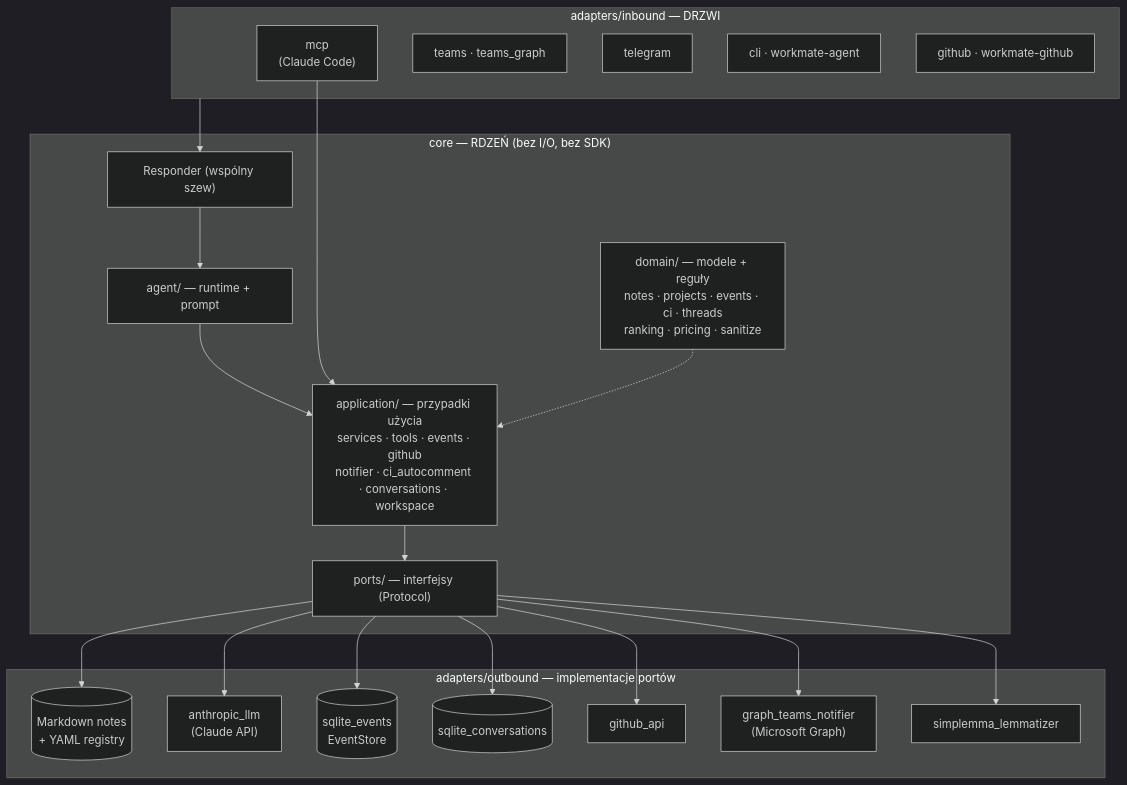
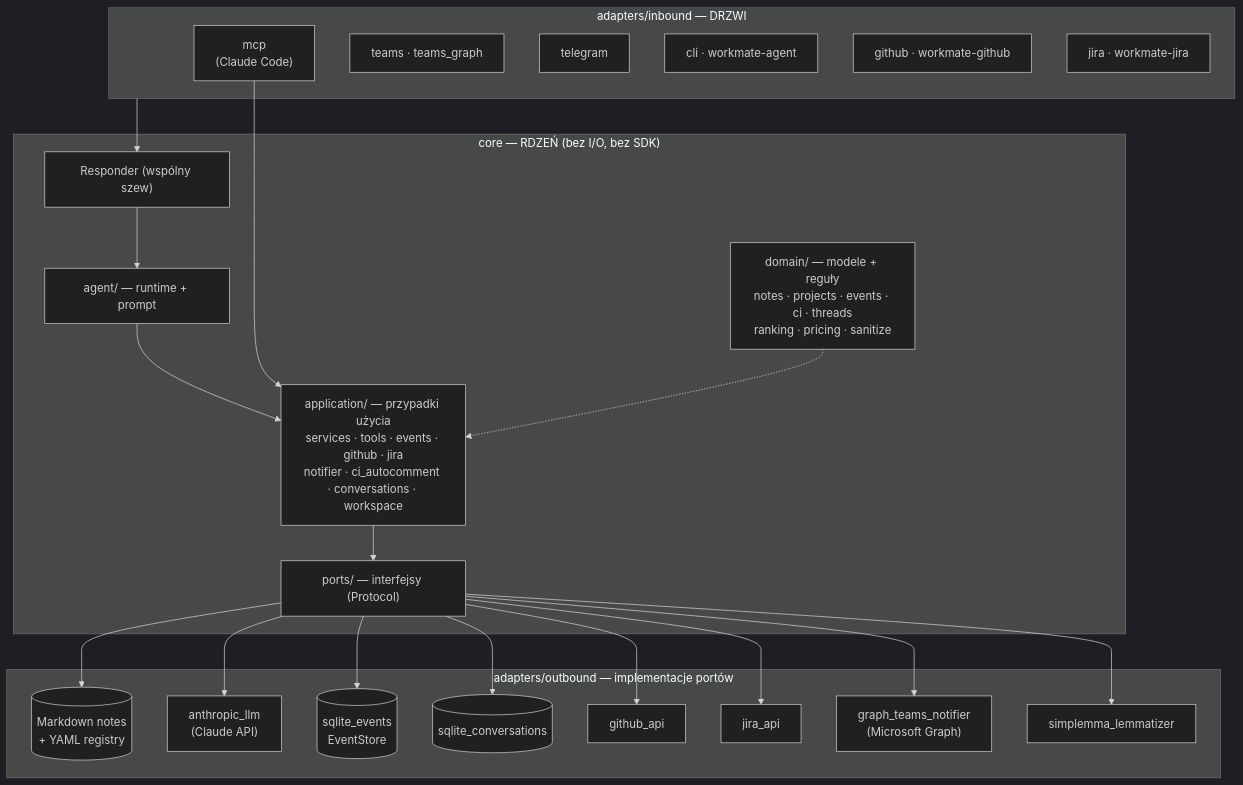
Before and after one commit to P0w3r223/sufler: the diagram in docs/explanation/architecture.md, drawn with Mermaid (dark theme). The commit also changed other lines of this file and 11 other files, not shown here.

````diff
--- a/docs/explanation/architecture.md
+++ b/docs/explanation/architecture.md
@@ -12,31 +12,33 @@
 ```mermaid
 flowchart TB
     subgraph IN["adapters/inbound — DRZWI"]
         MCP["mcp<br/>(Claude Code)"]
         TG["teams · teams_graph"]
         TEL["telegram"]
         CLI["cli · workmate-agent"]
         GHD["github · workmate-github"]
+        JD["jira · workmate-jira"]
     end
     subgraph CORE["core — RDZEŃ (bez I/O, bez SDK)"]
         SEAM["Responder (wspólny szew)"]
         AGENT["agent/ — runtime + prompt"]
-        APP["application/ — przypadki użycia<br/>services · tools · events · github<br/>notifier · ci_autocomment · conversations · workspace"]
+        APP["application/ — przypadki użycia<br/>services · tools · events · github · jira<br/>notifier · ci_autocomment · conversations · workspace"]
         DOM["domain/ — modele + reguły<br/>notes · projects · events · ci · threads<br/>ranking · pricing · sanitize"]
         PORTS["ports/ — interfejsy (Protocol)"]
     end
     subgraph OUT["adapters/outbound — implementacje portów"]
         NOTES[("Markdown notes<br/>+ YAML registry")]
         LLM["anthropic_llm<br/>(Claude API)"]
         ES[("sqlite_events<br/>EventStore")]
         CONV[("sqlite_conversations")]
         GHAPI["github_api"]
+        JIRAAPI["jira_api"]
         GRAPH["graph_teams_notifier<br/>(Microsoft Graph)"]
         LEM["simplemma_lemmatizer"]
     end
     IN --> SEAM --> AGENT --> APP
     MCP --> APP
     APP --> PORTS
     DOM -.-> APP
-    PORTS --> NOTES & LLM & ES & CONV & GHAPI & GRAPH & LEM
+    PORTS --> NOTES & LLM & ES & CONV & GHAPI & JIRAAPI & GRAPH & LEM
 ```
````
